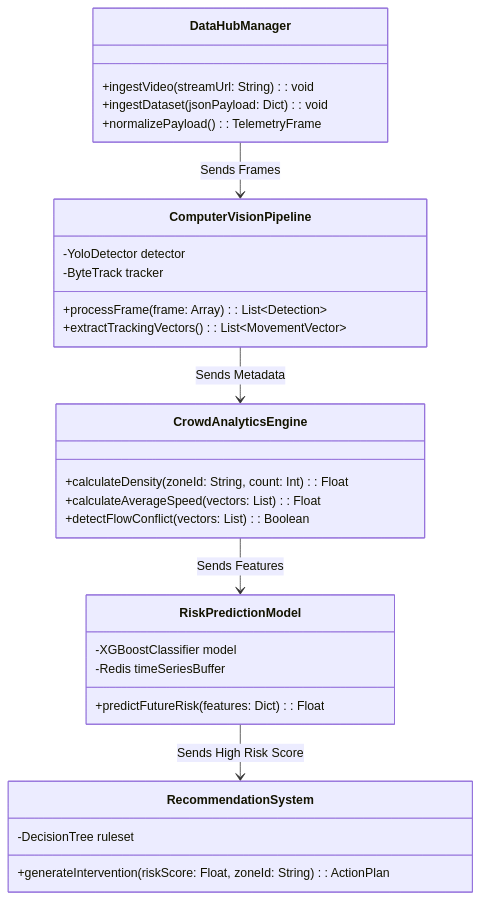
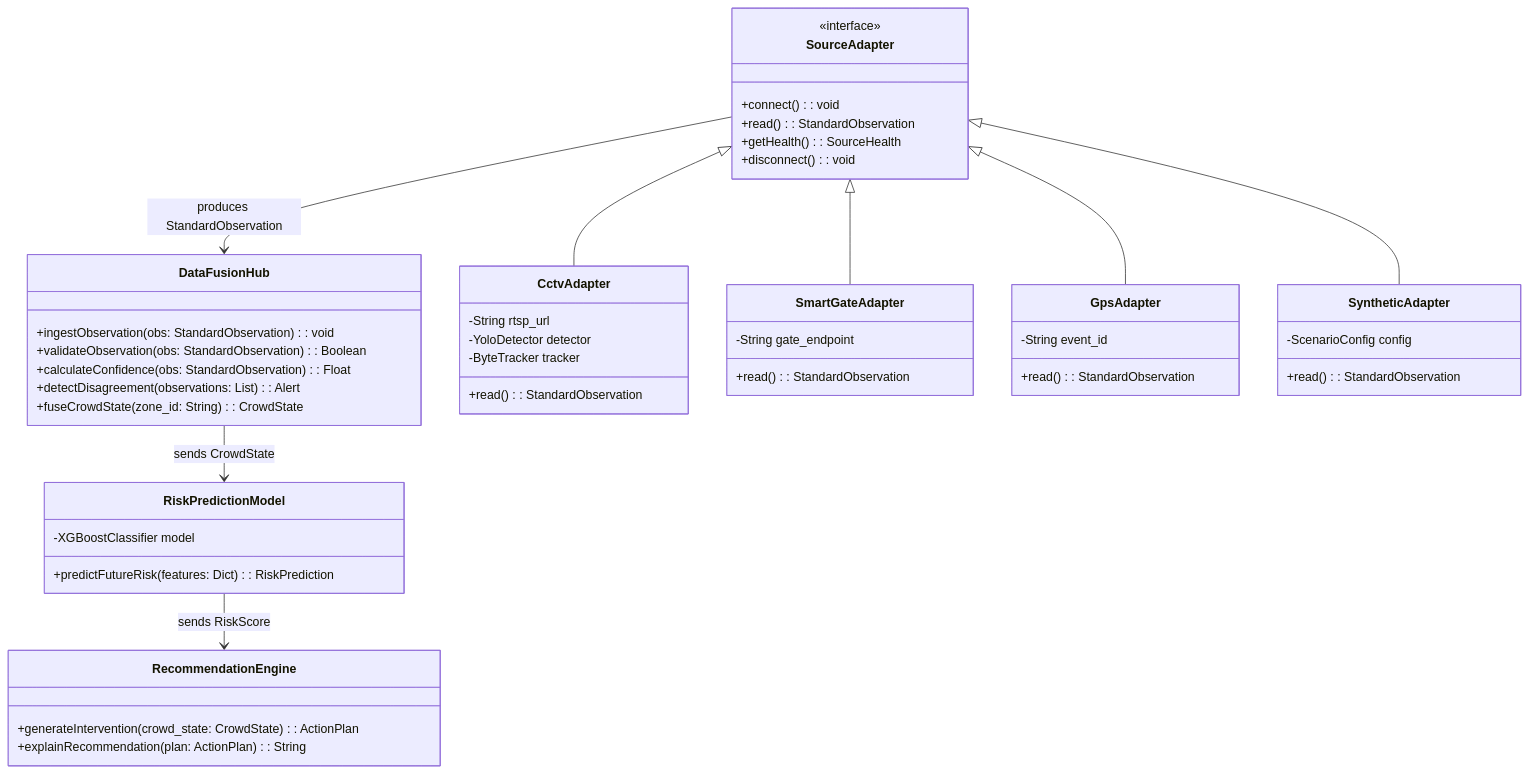
Before and after one commit to algorithnicmind/crowdcatchup: the first of 3 diagrams in docs/04_LLD.md, drawn with Mermaid. The commit also changed other lines of this file and 8 other files, not shown here.

````diff
--- a/docs/04_LLD.md
+++ b/docs/04_LLD.md
@@ -15,37 +13,58 @@
 ```mermaid
 classDiagram
-    class DataHubManager {
-        +ingestVideo(streamUrl: String): void
-        +ingestDataset(jsonPayload: Dict): void
-        +normalizePayload(): TelemetryFrame
+    class DataFusionHub {
+        +ingestObservation(obs: StandardObservation): void
+        +validateObservation(obs: StandardObservation): Boolean
+        +calculateConfidence(obs: StandardObservation): Float
+        +detectDisagreement(observations: List): Alert
+        +fuseCrowdState(zone_id: String): CrowdState
     }
 
-    class ComputerVisionPipeline {
-        -YoloDetector detector
-        -ByteTrack tracker
-        +processFrame(frame: Array): List~Detection~
-        +extractTrackingVectors(): List~MovementVector~
+    class SourceAdapter {
+        <<interface>>
+        +connect(): void
+        +read(): StandardObservation
+        +getHealth(): SourceHealth
+        +disconnect(): void
     }
 
-    class CrowdAnalyticsEngine {
-        +calculateDensity(zoneId: String, count: Int): Float
-        +calculateAverageSpeed(vectors: List): Float
-        +detectFlowConflict(vectors: List): Boolean
+    class CctvAdapter {
+        -String rtsp_url
+        -YoloDetector detector
+        -ByteTracker tracker
+        +read(): StandardObservation
+    }
+
+    class SmartGateAdapter {
+        -String gate_endpoint
+        +read(): StandardObservation
+    }
+
+    class GpsAdapter {
+        -String event_id
+        +read(): StandardObservation
+    }
+
+    class SyntheticAdapter {
+        -ScenarioConfig config
+        +read(): StandardObservation
     }
 
     class RiskPredictionModel {
         -XGBoostClassifier model
-        -Redis timeSeriesBuffer
-        +predictFutureRisk(features: Dict): Float
+        +predictFutureRisk(features: Dict): RiskPrediction
     }
 
-    class RecommendationSystem {
-        -DecisionTree ruleset
-        +generateIntervention(riskScore: Float, zoneId: String): ActionPlan
+    class RecommendationEngine {
+        +generateIntervention(crowd_state: CrowdState): ActionPlan
+        +explainRecommendation(plan: ActionPlan): String
     }
 
-    DataHubManager --> ComputerVisionPipeline : Sends Frames
-    ComputerVisionPipeline --> CrowdAnalyticsEngine : Sends Metadata
-    CrowdAnalyticsEngine --> RiskPredictionModel : Sends Features
-    RiskPredictionModel --> RecommendationSystem : Sends High Risk Score
+    SourceAdapter <|-- CctvAdapter
+    SourceAdapter <|-- SmartGateAdapter
+    SourceAdapter <|-- GpsAdapter
+    SourceAdapter <|-- SyntheticAdapter
+    SourceAdapter --> DataFusionHub : produces StandardObservation
+    DataFusionHub --> RiskPredictionModel : sends CrowdState
+    RiskPredictionModel --> RecommendationEngine : sends RiskScore
 ```
````
